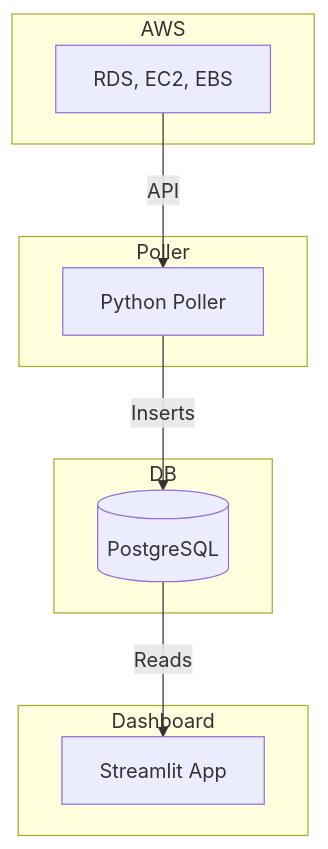
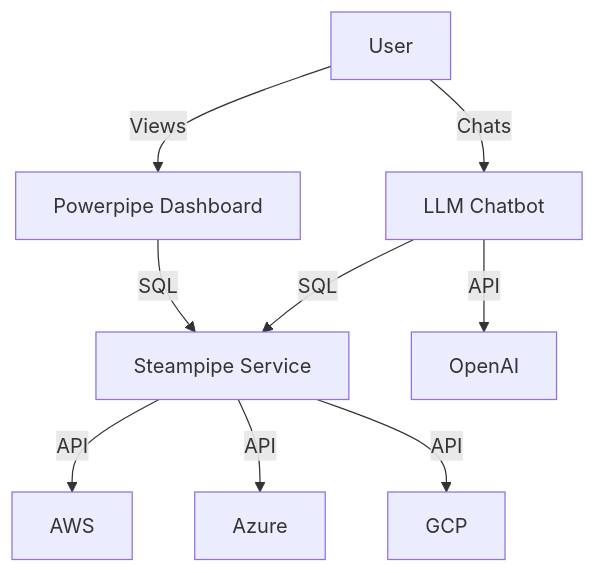
One commit to darshan-raul/cloud-cost-compass changed the diagram in README.md. Above: the diagram before and after it, drawn with Mermaid. The commit also changed other lines of this file and 34 other files, not shown here.

Commit message:
removes old code and brings in steampipe and powerpipe

````diff
--- a/README.md
+++ b/README.md
@@ -35,16 +14,14 @@
 ```mermaid
 graph TD
-  subgraph AWS
-    A[RDS, EC2, EBS]
-  end
-  subgraph Poller
-    B[Python Poller]
-  end
-  subgraph DB
-    C[(PostgreSQL)]
-  end
-  subgraph Dashboard
-    D[Streamlit App]
-  end
-  A--API-->B--Inserts-->C--Reads-->D
+    User -->|Views| PP[Powerpipe Dashboard]
+    User -->|Chats| Bot[LLM Chatbot]
+    
+    PP -- SQL --> SP[Steampipe Service]
+    Bot -- SQL --> SP
+    
+    SP -- API --> AWS
+    SP -- API --> Azure
+    SP -- API --> GCP
+    
+    Bot -- API --> OpenAI
 ```
````
